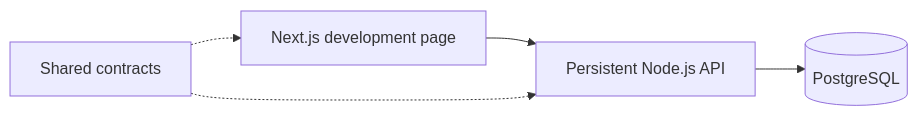
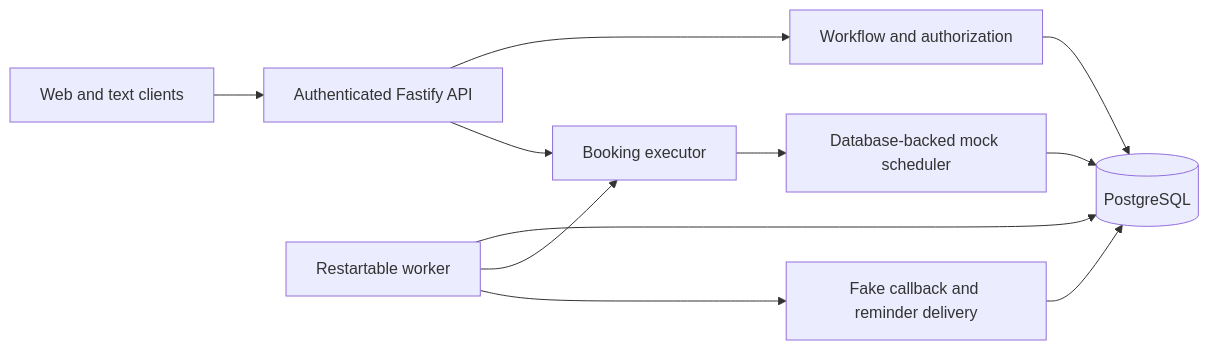
One commit to Shivam7137/VeriCare changed the diagram in docs/architecture.md. Above: the diagram before and after it, drawn with Mermaid. The commit also changed other lines of this file and 44 other files, not shown here.

````diff
--- a/docs/architecture.md
+++ b/docs/architecture.md
@@ -7,7 +5,13 @@
 ```mermaid
 flowchart LR
-  W[Next.js development page] --> A[Persistent Node.js API]
-  A --> P[(PostgreSQL)]
-  C[Shared contracts] -.-> W
-  C -.-> A
+  W[Web and text clients] --> A[Authenticated Fastify API]
+  A --> F[Workflow and authorization]
+  F --> P[(PostgreSQL)]
+  J[Restartable worker] --> P
+  J --> E[Booking executor]
+  A --> E
+  E --> S[Database-backed mock scheduler]
+  S --> P
+  J --> D[Fake callback and reminder delivery]
+  D --> P
 ```
````
